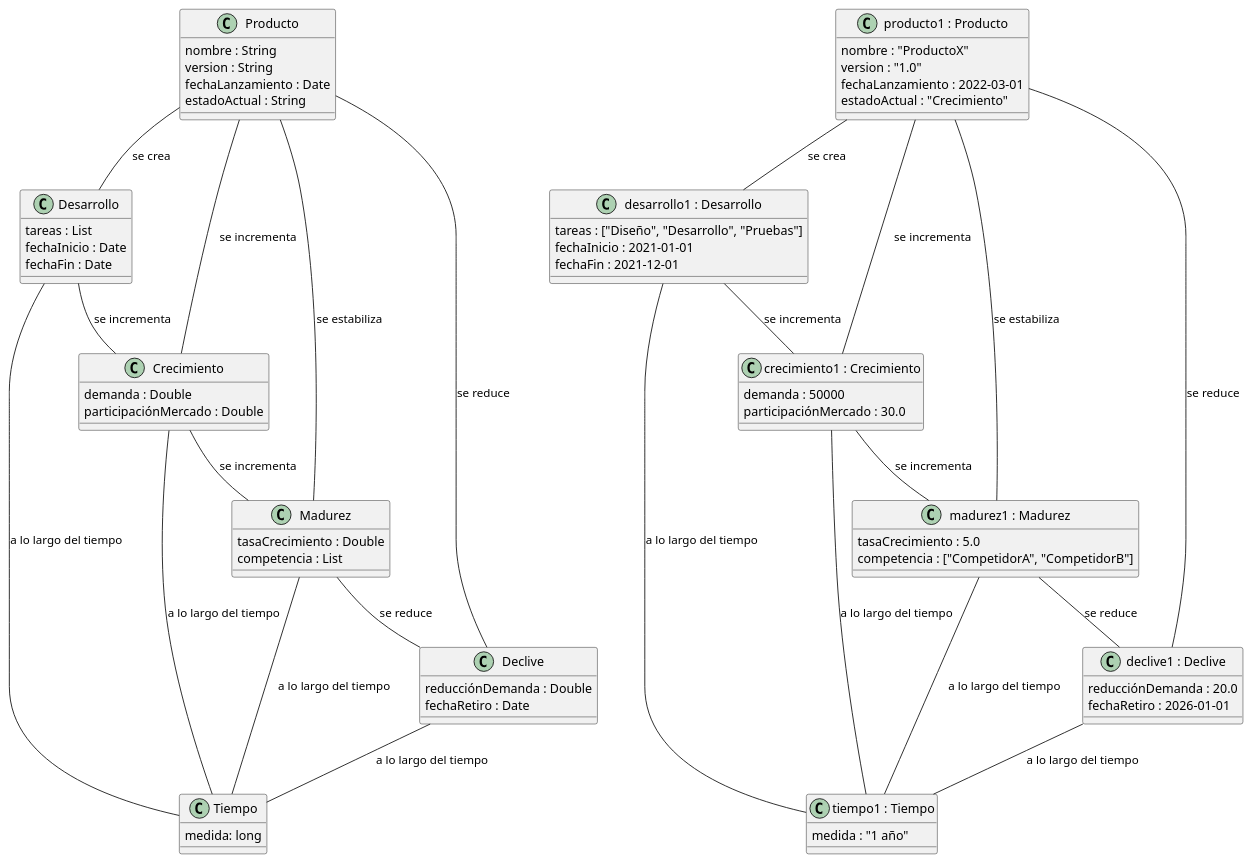
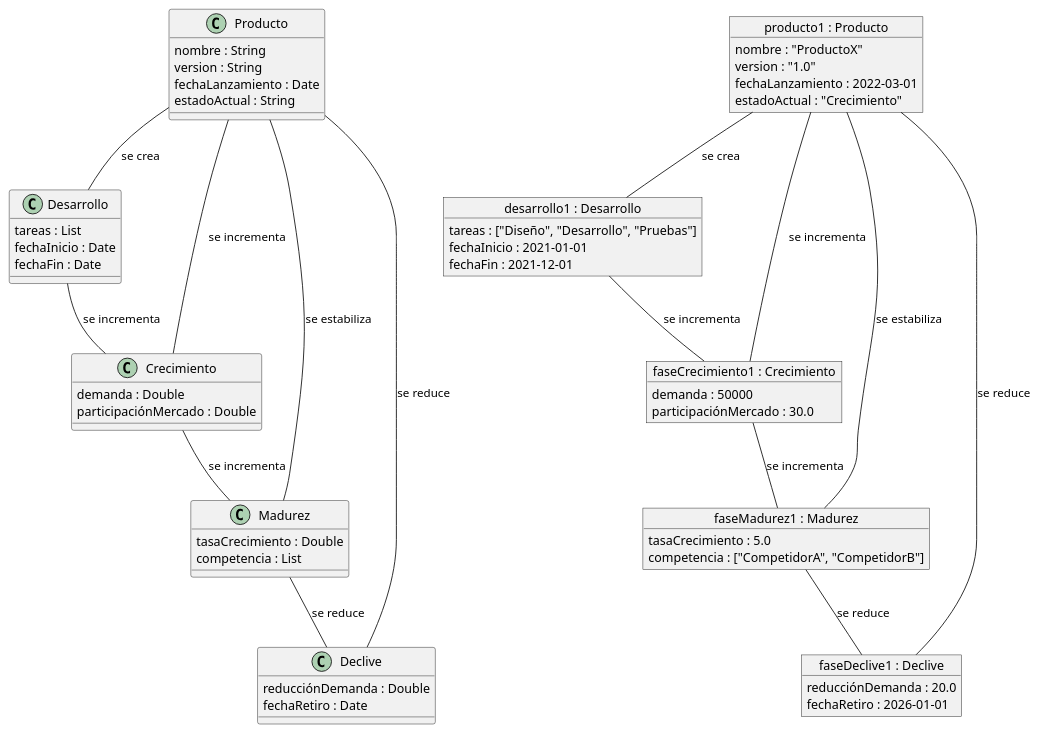
The diagram in entregas/garciaCesar/Ejercicio003/cicloVida.puml (mmasias/24-25-IdSw1), drawn with PlantUML before and after one commit. The commit also changed 6 other files, not shown here.

```diff
--- a/entregas/garciaCesar/Ejercicio003/cicloVida.puml
+++ b/entregas/garciaCesar/Ejercicio003/cicloVida.puml
@@ -1,94 +1,78 @@
 @startuml
 class "Producto" {
   nombre : String
   version : String
   fechaLanzamiento : Date
   estadoActual : String
 }
 
 class "Desarrollo" {
   tareas : List
   fechaInicio : Date
   fechaFin : Date
-}
-
-class "Tiempo" {
-  medida: long
 }
 
 class "Crecimiento" {
   demanda : Double
   participaciónMercado : Double
 }
 
 class "Madurez" {
   tasaCrecimiento : Double
   competencia : List
 }
 
 class "Declive" {
   reducciónDemanda : Double
   fechaRetiro : Date
 }
 
 Producto -- Desarrollo : se crea
-Desarrollo -- Tiempo : a lo largo del tiempo
-Crecimiento -- Tiempo : a lo largo del tiempo
-Madurez -- Tiempo : a lo largo del tiempo
-Declive -- Tiempo : a lo largo del tiempo
 Producto -- Crecimiento : se incrementa
 Desarrollo -- Crecimiento : se incrementa
 Producto -- Madurez : se estabiliza
 Crecimiento -- Madurez : se incrementa
 Madurez -- Declive : se reduce
 Producto -- Declive : se reduce
 
 ' Instancias de los objetos
 
-class "producto1 : Producto" as producto1 {
+Object "producto1 : Producto" as producto1 {
   nombre : "ProductoX"
   version : "1.0"
   fechaLanzamiento : 2022-03-01
   estadoActual : "Crecimiento"
 }
 
-class "desarrollo1 : Desarrollo" as desarrollo1 {
+Object "desarrollo1 : Desarrollo" as desarrollo1 {
   tareas : ["Diseño", "Desarrollo", "Pruebas"]
   fechaInicio : 2021-01-01
   fechaFin : 2021-12-01
 }
 
-class "tiempo1 : Tiempo" as tiempo1 {
-  medida : "1 año"
-}
-
-class "crecimiento1 : Crecimiento" as crecimiento1 {
+Object "faseCrecimiento1 : Crecimiento" as crecimiento1 {
   demanda : 50000
   participaciónMercado : 30.0
 }
 
-class "madurez1 : Madurez" as madurez1 {
+Object "faseMadurez1 : Madurez" as madurez1 {
   tasaCrecimiento : 5.0
   competencia : ["CompetidorA", "CompetidorB"]
 }
 
-class "declive1 : Declive" as declive1 {
+Object "faseDeclive1 : Declive" as declive1 {
   reducciónDemanda : 20.0
   fechaRetiro : 2026-01-01
 }
 
 ' Relaciones entre instancias
 
 producto1 -- desarrollo1 : se crea
-desarrollo1 -- tiempo1 : a lo largo del tiempo
-crecimiento1 -- tiempo1 : a lo largo del tiempo
-madurez1 -- tiempo1 : a lo largo del tiempo
-declive1 -- tiempo1 : a lo largo del tiempo
 producto1 -- crecimiento1 : se incrementa
 desarrollo1 -- crecimiento1 : se incrementa
 producto1 -- madurez1 : se estabiliza
 crecimiento1 -- madurez1 : se incrementa
 madurez1 -- declive1 : se reduce
 producto1 -- declive1 : se reduce
 
 @enduml
```
